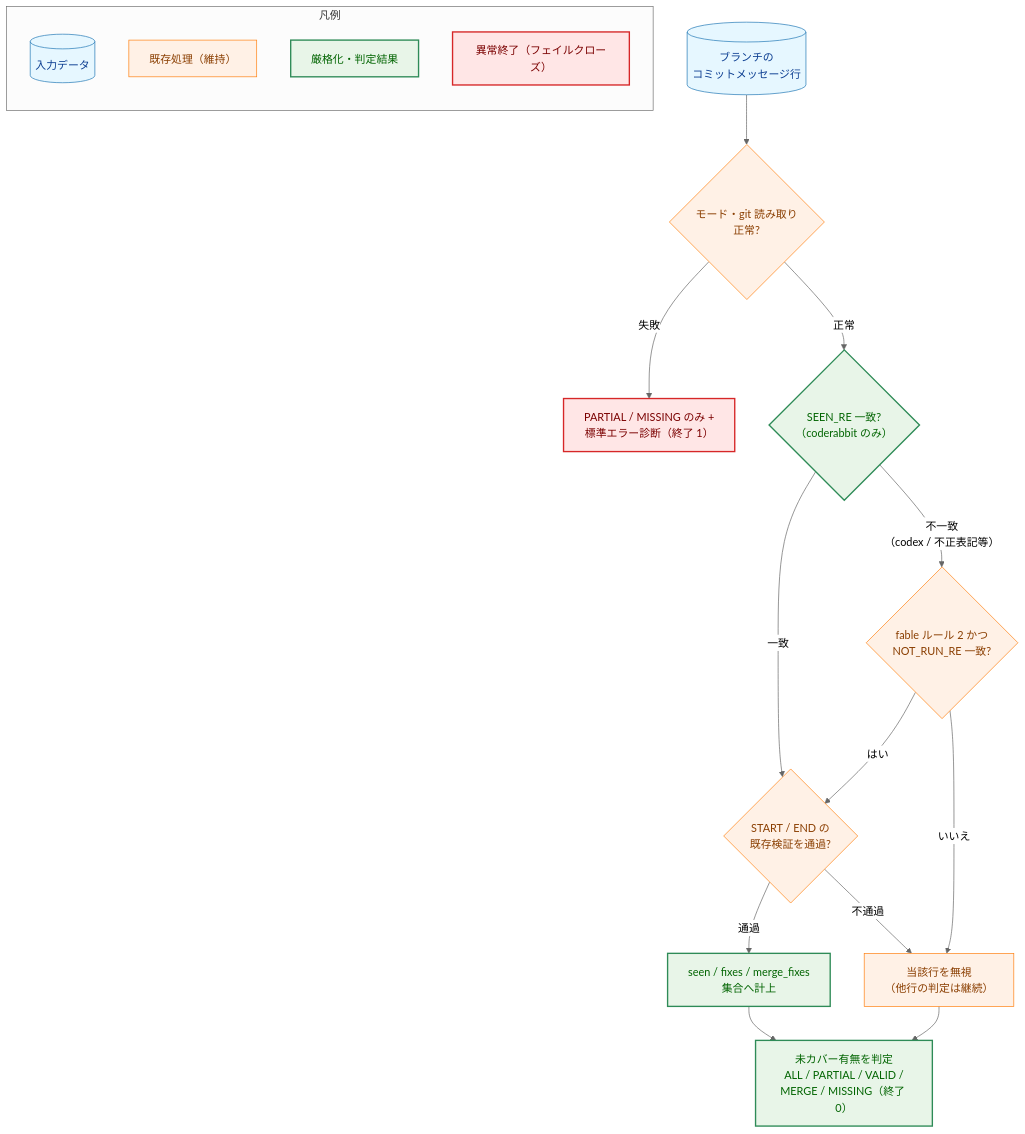
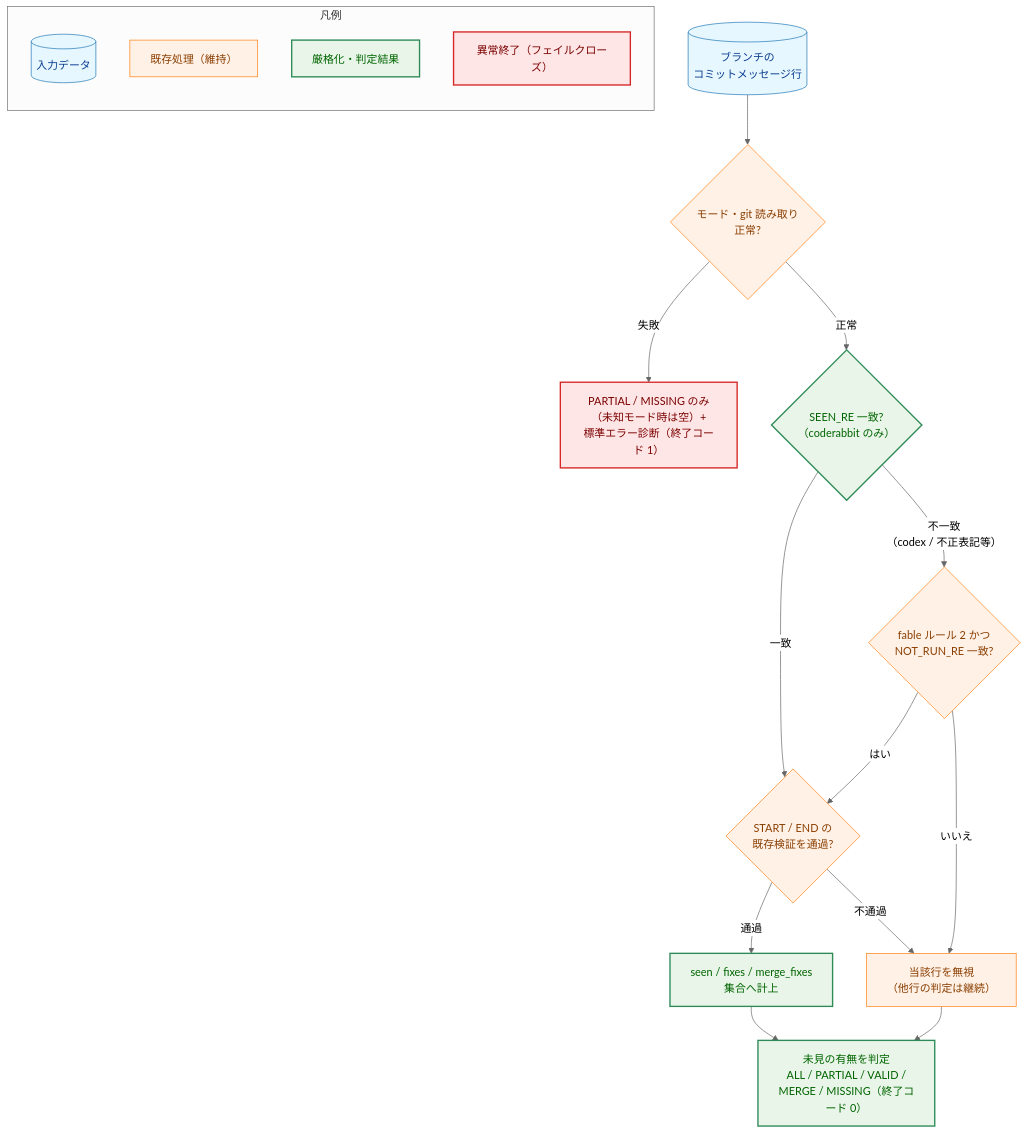
One commit to isseis/yt2column changed the seventh of 7 diagrams in docs/tasks/0121_retire_legacy_review_records/02_architecture.md. Above: the diagram before and after it, drawn with Mermaid (neutral theme). The commit also changed other lines of this file, not shown here.

Commit message:
docs(0121): refine architecture from panel review and prose pass

````diff
--- a/docs/tasks/0121_retire_legacy_review_records/02_architecture.md
+++ b/docs/tasks/0121_retire_legacy_review_records/02_architecture.md
@@ -477,27 +488,27 @@
 ```mermaid
 flowchart TD
     classDef data fill:#e6f7ff,stroke:#1f77b4,stroke-width:1px,color:#0b3d91;
     classDef process fill:#fff1e6,stroke:#ff7f0e,stroke-width:1px,color:#8a3e00;
     classDef enhanced fill:#e8f5e8,stroke:#2e8b57,stroke-width:2px,color:#006400;
     classDef problem fill:#ffe6e6,stroke:#d62728,stroke-width:2px,color:#7b0000;
 
     inMsg[("ブランチの<br>コミットメッセージ行")]:::data --> modeCheck{"モード・git 読み取り<br>正常?"}:::process
-    modeCheck -->|"失敗"| failOut["PARTIAL / MISSING のみ +<br>標準エラー診断（終了 1）"]:::problem
+    modeCheck -->|"失敗"| failOut["PARTIAL / MISSING のみ<br>（未知モード時は空）+<br>標準エラー診断（終了コード 1）"]:::problem
     modeCheck -->|"正常"| matchSeen{"SEEN_RE 一致?<br>（coderabbit のみ）"}:::enhanced
     matchSeen -->|"一致"| rangeCheck{"START / END の<br>既存検証を通過?"}:::process
     rangeCheck -->|"通過"| addSeen["seen / fixes / merge_fixes<br>集合へ計上"]:::enhanced
     rangeCheck -->|"不通過"| ignoreLine["当該行を無視<br>（他行の判定は継続）"]:::process
     matchSeen -->|"不一致<br>（codex / 不正表記等）"| notRunBranch{"fable ルール 2 かつ<br>NOT_RUN_RE 一致?"}:::process
     notRunBranch -->|"はい"| rangeCheck
     notRunBranch -->|"いいえ"| ignoreLine
-    addSeen --> evalOut["未カバー有無を判定<br>ALL / PARTIAL / VALID /<br>MERGE / MISSING（終了 0）"]:::enhanced
+    addSeen --> evalOut["未見の有無を判定<br>ALL / PARTIAL / VALID /<br>MERGE / MISSING（終了コード 0）"]:::enhanced
     ignoreLine --> evalOut
 
     subgraph legend["凡例"]
         direction TB
         l1[("入力データ")]:::data
         l2["既存処理（維持）"]:::process
         l3["厳格化・判定結果"]:::enhanced
         l4["異常終了（フェイルクローズ）"]:::problem
     end
 ```
````
